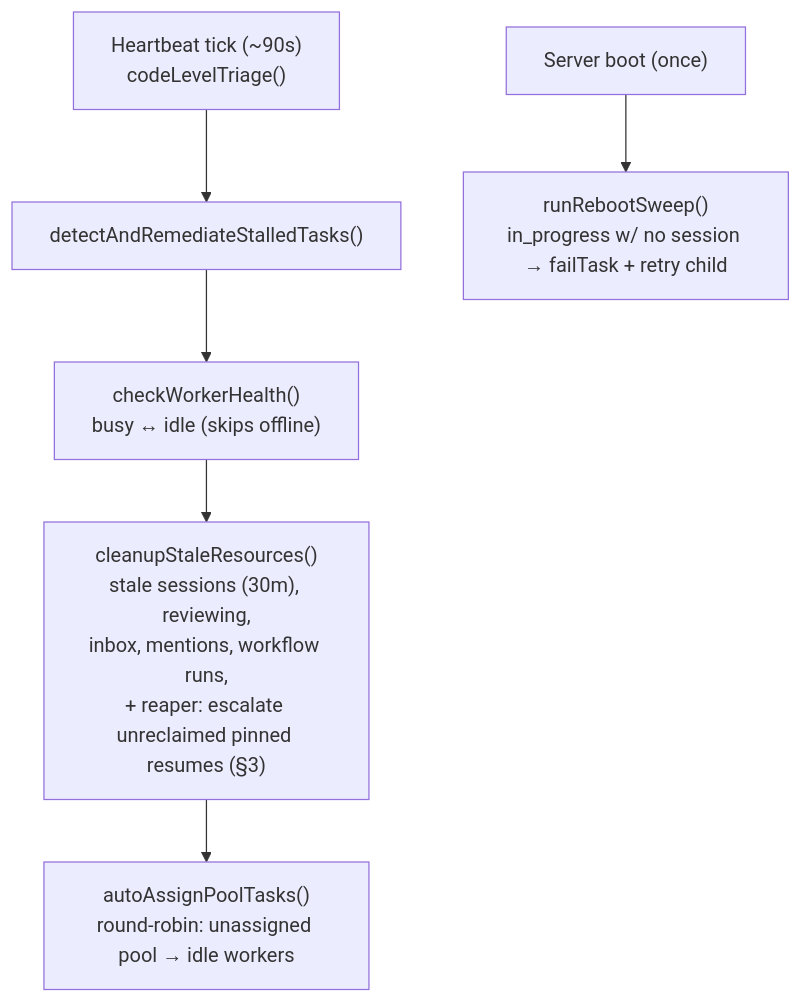
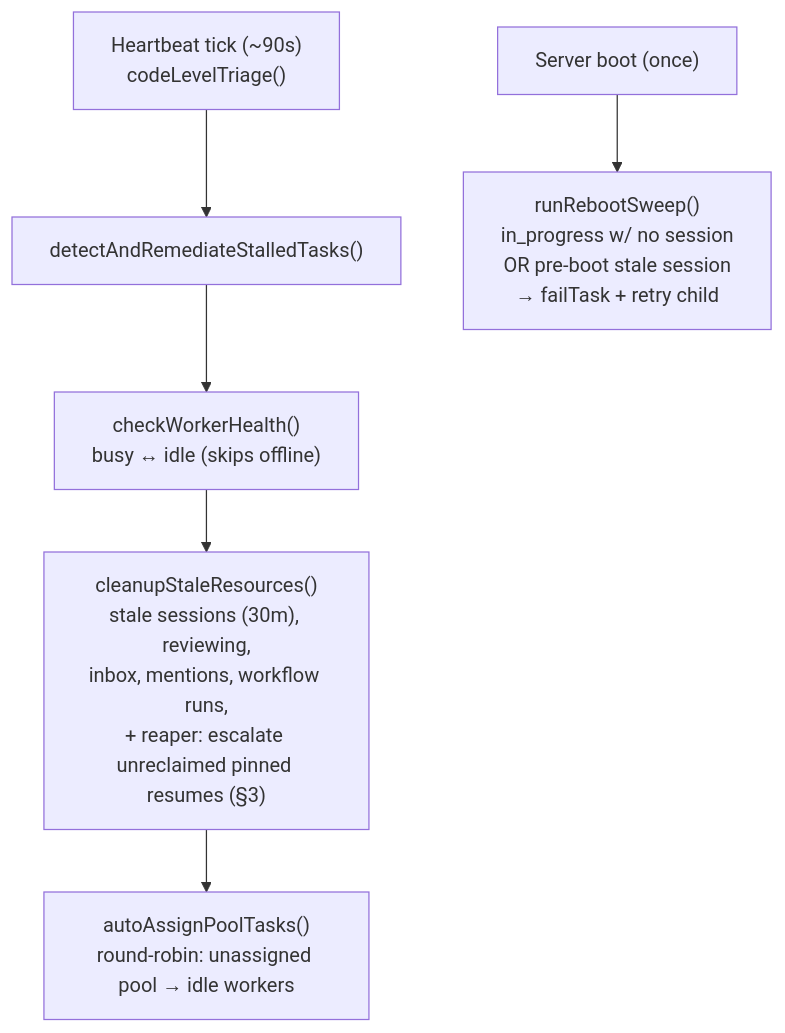
Before and after one commit to desplega-ai/agent-swarm: the first of 3 diagrams in runbooks/heartbeat-crash-recovery.md, drawn with Mermaid. The commit also changed other lines of this file and 4 other files, not shown here.

First line of the commit message:
fix(heartbeat): reboot sweep treats pre-boot stale sessions as absent

````diff
--- a/runbooks/heartbeat-crash-recovery.md
+++ b/runbooks/heartbeat-crash-recovery.md
@@ -13,9 +13,9 @@
 ```mermaid
 flowchart TD
   tick["Heartbeat tick (~90s)<br/>codeLevelTriage()"] --> detect["detectAndRemediateStalledTasks()"]
   detect --> health["checkWorkerHealth()<br/>busy ↔ idle (skips offline)"]
   health --> cleanup["cleanupStaleResources()<br/>stale sessions (30m), reviewing,<br/>inbox, mentions, workflow runs,<br/>+ reaper: escalate unreclaimed pinned resumes (§3)"]
   cleanup --> assign["autoAssignPoolTasks()<br/>round-robin: unassigned pool → idle workers"]
 
-  boot["Server boot (once)"] --> reboot["runRebootSweep()<br/>in_progress w/ no session → failTask + retry child"]
+  boot["Server boot (once)"] --> reboot["runRebootSweep()<br/>in_progress w/ no session<br/>OR pre-boot stale session<br/>→ failTask + retry child"]
 ```
````
